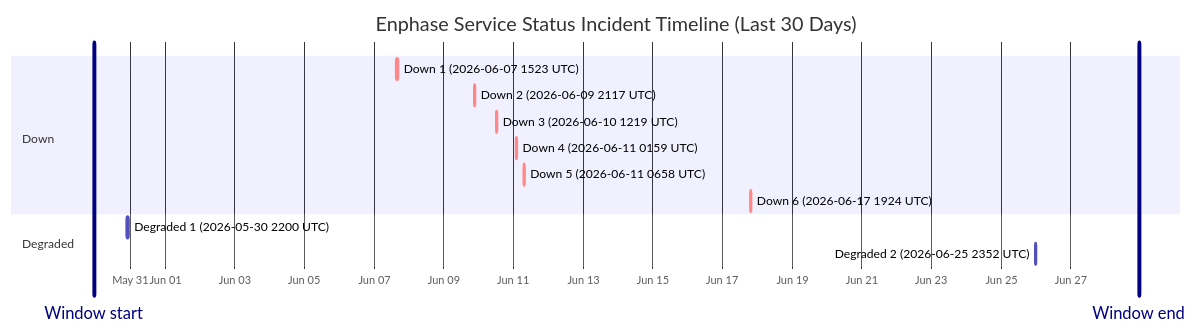
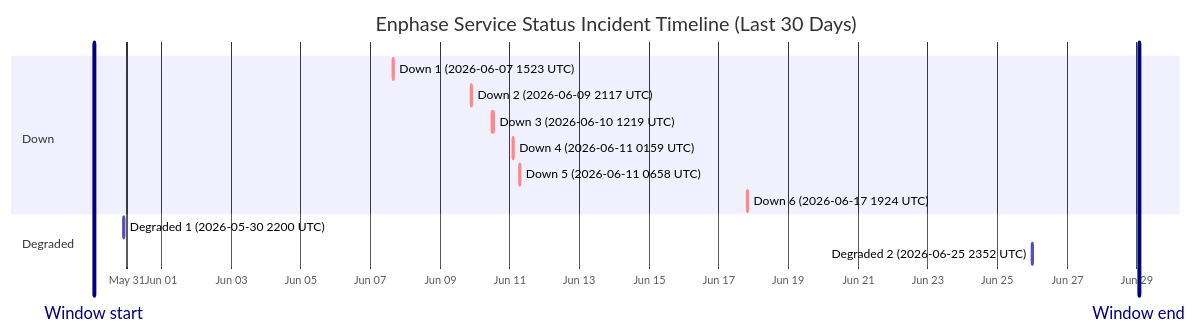
One commit to barneyonline/ha-enphase-energy changed the diagram in wiki/Service-Status-History.md. Above: the diagram before and after it, drawn with Mermaid. The commit also changed other lines of this file and 3 other files, not shown here.

````diff
--- a/wiki/Service-Status-History.md
+++ b/wiki/Service-Status-History.md
@@ -14,18 +14,18 @@
 ```mermaid
 gantt
     title Enphase Service Status Incident Timeline (Last 30 Days)
     dateFormat  YYYY-MM-DDTHH:mm:ss
     axisFormat  %b %d
-    Window start :vert, window-start, 2026-05-29T23:00:38, 0ms
-    Window end :vert, window-end, 2026-06-28T23:00:38, 0ms
+    Window start :vert, window-start, 2026-05-30T01:35:59, 0ms
+    Window end :vert, window-end, 2026-06-29T01:35:59, 0ms
     section Down
     Down 1 (2026-06-07 1523 UTC) :crit, down-1, 2026-06-07T15:23:22, 87m
     Down 2 (2026-06-09 2117 UTC) :crit, down-2, 2026-06-09T21:17:17, 60m
     Down 3 (2026-06-10 1219 UTC) :crit, down-3, 2026-06-10T12:19:21, 60m
     Down 4 (2026-06-11 0159 UTC) :crit, down-4, 2026-06-11T01:59:36, 60m
     Down 5 (2026-06-11 0658 UTC) :crit, down-5, 2026-06-11T06:58:45, 60m
     Down 6 (2026-06-17 1924 UTC) :crit, down-6, 2026-06-17T19:24:51, 60m
     section Degraded
     Degraded 1 (2026-05-30 2200 UTC) :active, degraded-1, 2026-05-30T22:00:37, 60m
     Degraded 2 (2026-06-25 2352 UTC) :active, degraded-2, 2026-06-25T23:52:01, 60m
 ```
````
